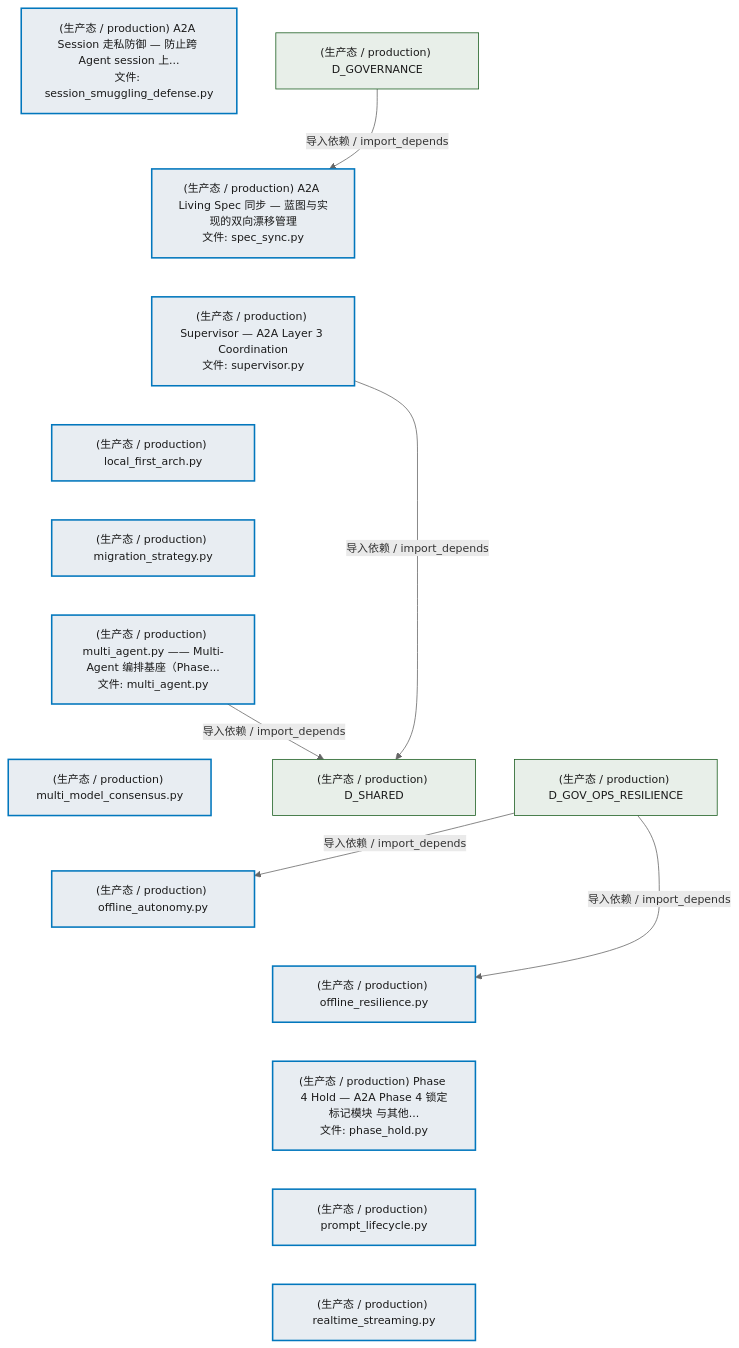
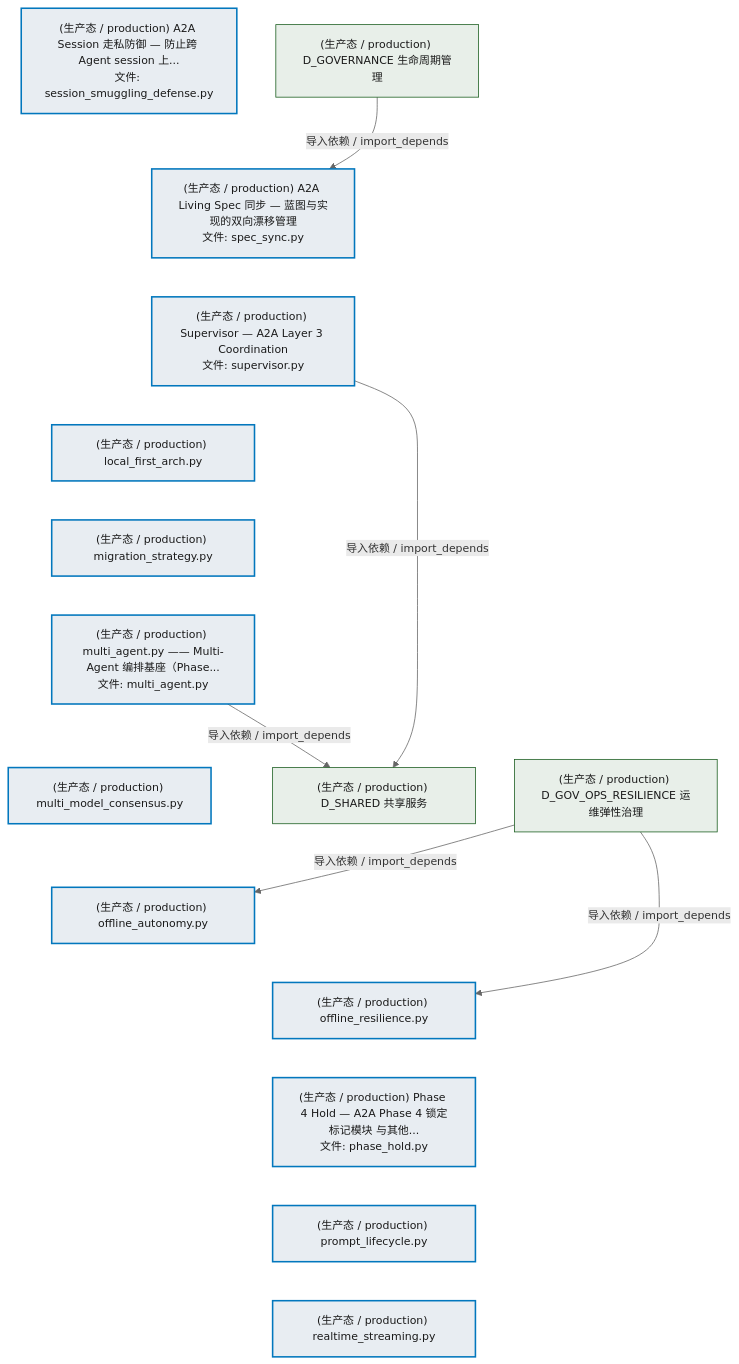
The third of 5 diagrams in docs/02_enterprise_architecture/02_domain_architecture_docs/03_d_infra_a2a.md (xuanFelixVan/ZephyrAlpha), drawn with Mermaid before and after one commit. The commit also changed other lines of this file and 45 other files, not shown here.

````diff
--- a/docs/02_enterprise_architecture/02_domain_architecture_docs/03_d_infra_a2a.md
+++ b/docs/02_enterprise_architecture/02_domain_architecture_docs/03_d_infra_a2a.md
@@ -312,41 +312,41 @@
 ```mermaid
 %%{init: {'theme': 'base', 'themeVariables': {'primaryColor': '#eaeaea', 'primaryTextColor': '#333333', 'primaryBorderColor': '#666666', 'lineColor': '#666666', 'secondaryColor': '#eaeaea', 'tertiaryColor': '#eaeaea', 'fontSize': '14px'}}}%%
 flowchart TD
     src_zephyr_infrastructure_a2a_protocol_layer3_coordination_session_smuggling_defense_py["(生产态 / production) A2A Session 走私防御 — 防止跨 Agent session 上...<br/>文件: session_smuggling_defense.py"]
     src_zephyr_infrastructure_a2a_protocol_layer3_coordination_spec_sync_py["(生产态 / production) A2A Living Spec 同步 — 蓝图与实现的双向漂移管理<br/>文件: spec_sync.py"]
     src_zephyr_infrastructure_a2a_protocol_layer3_coordination_supervisor_py["(生产态 / production) Supervisor — A2A Layer 3 Coordination<br/>文件: supervisor.py"]
     src_zephyr_infrastructure_a2a_protocol_local_first_arch_py["(生产态 / production) local_first_arch.py"]
     src_zephyr_infrastructure_a2a_protocol_migration_strategy_py["(生产态 / production) migration_strategy.py"]
     src_zephyr_infrastructure_a2a_protocol_multi_agent_py["(生产态 / production) multi_agent.py —— Multi-Agent 编排基座（Phase...<br/>文件: multi_agent.py"]
     src_zephyr_infrastructure_a2a_protocol_multi_model_consensus_py["(生产态 / production) multi_model_consensus.py"]
     src_zephyr_infrastructure_a2a_protocol_offline_autonomy_py["(生产态 / production) offline_autonomy.py"]
     src_zephyr_infrastructure_a2a_protocol_offline_resilience_py["(生产态 / production) offline_resilience.py"]
     src_zephyr_infrastructure_a2a_protocol_phase_hold_py["(生产态 / production) Phase 4 Hold — A2A Phase 4 锁定标记模块 与其他...<br/>文件: phase_hold.py"]
     src_zephyr_infrastructure_a2a_protocol_prompt_lifecycle_py["(生产态 / production) prompt_lifecycle.py"]
     src_zephyr_infrastructure_a2a_protocol_realtime_streaming_py["(生产态 / production) realtime_streaming.py"]
     src_zephyr_infrastructure_a2a_protocol_layer3_coordination_session_smuggling_defense_py ~~~ src_zephyr_infrastructure_a2a_protocol_layer3_coordination_spec_sync_py
     src_zephyr_infrastructure_a2a_protocol_layer3_coordination_spec_sync_py ~~~ src_zephyr_infrastructure_a2a_protocol_layer3_coordination_supervisor_py
     src_zephyr_infrastructure_a2a_protocol_layer3_coordination_supervisor_py ~~~ src_zephyr_infrastructure_a2a_protocol_local_first_arch_py
     src_zephyr_infrastructure_a2a_protocol_local_first_arch_py ~~~ src_zephyr_infrastructure_a2a_protocol_migration_strategy_py
     src_zephyr_infrastructure_a2a_protocol_migration_strategy_py ~~~ src_zephyr_infrastructure_a2a_protocol_multi_agent_py
     src_zephyr_infrastructure_a2a_protocol_multi_agent_py ~~~ src_zephyr_infrastructure_a2a_protocol_multi_model_consensus_py
     src_zephyr_infrastructure_a2a_protocol_multi_model_consensus_py ~~~ src_zephyr_infrastructure_a2a_protocol_offline_autonomy_py
     src_zephyr_infrastructure_a2a_protocol_offline_autonomy_py ~~~ src_zephyr_infrastructure_a2a_protocol_offline_resilience_py
     src_zephyr_infrastructure_a2a_protocol_offline_resilience_py ~~~ src_zephyr_infrastructure_a2a_protocol_phase_hold_py
     src_zephyr_infrastructure_a2a_protocol_phase_hold_py ~~~ src_zephyr_infrastructure_a2a_protocol_prompt_lifecycle_py
     src_zephyr_infrastructure_a2a_protocol_prompt_lifecycle_py ~~~ src_zephyr_infrastructure_a2a_protocol_realtime_streaming_py
-    D_SHARED["(生产态 / production) D_SHARED"]
+    D_SHARED["(生产态 / production) D_SHARED 共享服务"]
     src_zephyr_infrastructure_a2a_protocol_multi_agent_py -->|导入依赖 / import_depends| D_SHARED
     src_zephyr_infrastructure_a2a_protocol_layer3_coordination_supervisor_py -->|导入依赖 / import_depends| D_SHARED
-    D_GOVERNANCE["(生产态 / production) D_GOVERNANCE"]
+    D_GOVERNANCE["(生产态 / production) D_GOVERNANCE 生命周期管理"]
     D_GOVERNANCE -->|导入依赖 / import_depends| src_zephyr_infrastructure_a2a_protocol_layer3_coordination_spec_sync_py
-    D_GOV_OPS_RESILIENCE["(生产态 / production) D_GOV_OPS_RESILIENCE"]
+    D_GOV_OPS_RESILIENCE["(生产态 / production) D_GOV_OPS_RESILIENCE 运维弹性治理"]
     D_GOV_OPS_RESILIENCE -->|导入依赖 / import_depends| src_zephyr_infrastructure_a2a_protocol_offline_resilience_py
     D_GOV_OPS_RESILIENCE -->|导入依赖 / import_depends| src_zephyr_infrastructure_a2a_protocol_offline_autonomy_py
     classDef production fill:#e8edf2,stroke:#0277bd,stroke-width:2px,color:#1a1a1a
     classDef design fill:#f0ebe3,stroke:#bf360c,stroke-width:2px,color:#1a1a1a,stroke-dasharray: 5 5
     classDef external_prod fill:#e8efe9,stroke:#1b5e20,stroke-width:1px,color:#1a1a1a
     classDef external_design fill:#efe5ea,stroke:#880e4f,stroke-width:1px,color:#1a1a1a,stroke-dasharray: 5 5
     class src_zephyr_infrastructure_a2a_protocol_layer3_coordination_session_smuggling_defense_py,src_zephyr_infrastructure_a2a_protocol_layer3_coordination_spec_sync_py,src_zephyr_infrastructure_a2a_protocol_layer3_coordination_supervisor_py,src_zephyr_infrastructure_a2a_protocol_local_first_arch_py,src_zephyr_infrastructure_a2a_protocol_migration_strategy_py,src_zephyr_infrastructure_a2a_protocol_multi_agent_py,src_zephyr_infrastructure_a2a_protocol_multi_model_consensus_py,src_zephyr_infrastructure_a2a_protocol_offline_autonomy_py,src_zephyr_infrastructure_a2a_protocol_offline_resilience_py,src_zephyr_infrastructure_a2a_protocol_phase_hold_py,src_zephyr_infrastructure_a2a_protocol_prompt_lifecycle_py,src_zephyr_infrastructure_a2a_protocol_realtime_streaming_py production
     class D_SHARED,D_GOVERNANCE,D_GOV_OPS_RESILIENCE external_prod
 ```
````
